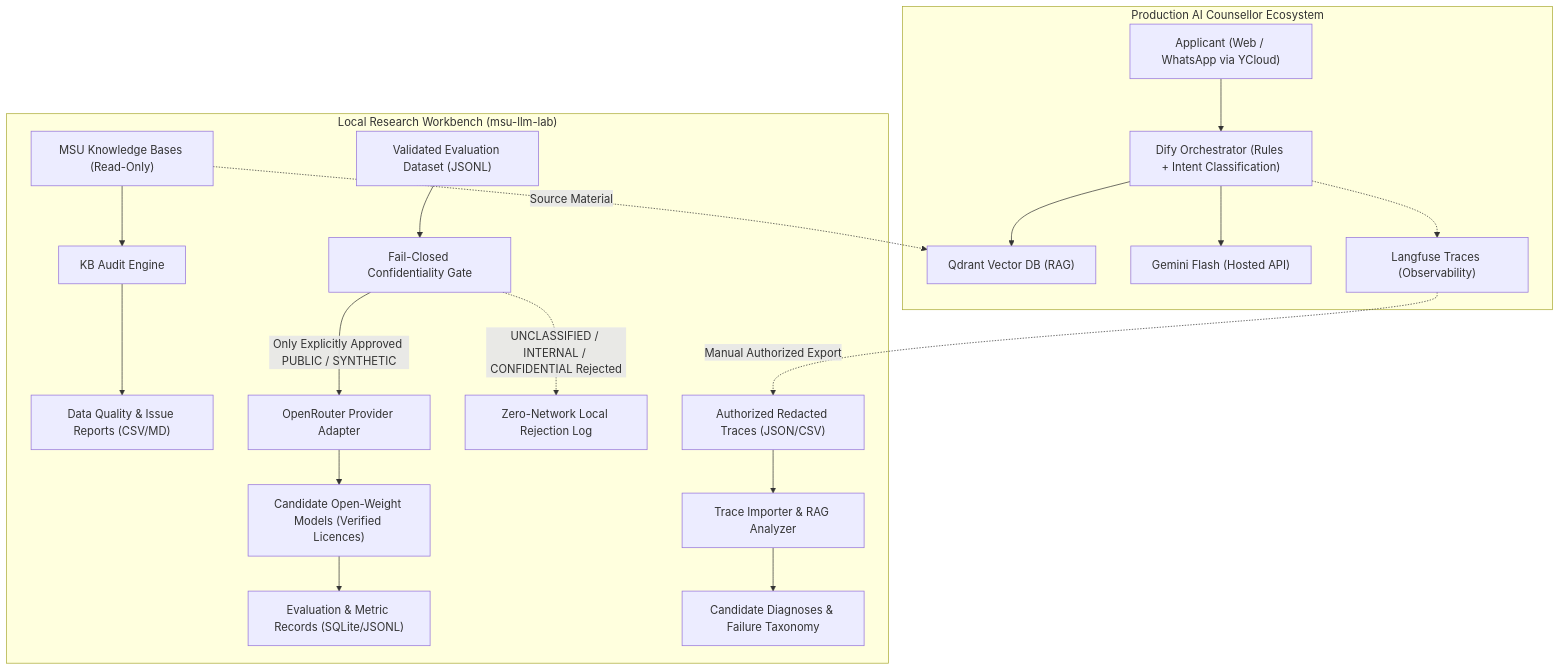
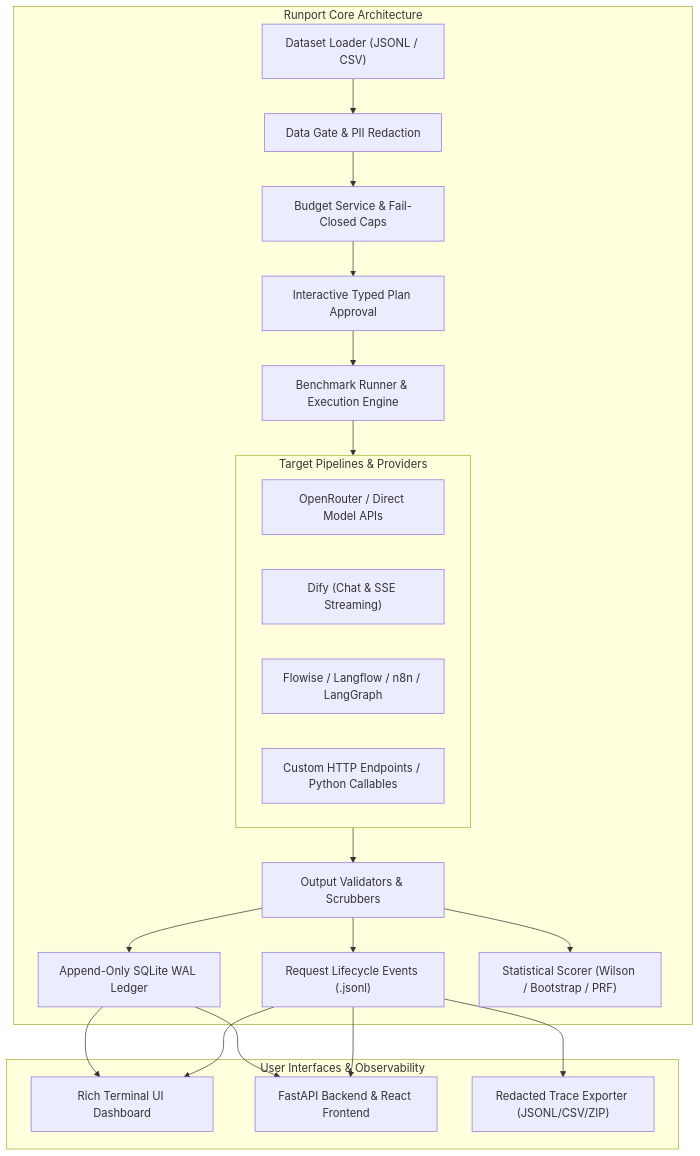
Before and after one commit to Sudharsanselvaraj/Runport: the diagram in docs/ARCHITECTURE.md, drawn with Mermaid. The commit also changed other lines of this file, not shown here.

Commit message:
docs: update documentation docs/ARCHITECTURE.md

````diff
--- a/docs/ARCHITECTURE.md
+++ b/docs/ARCHITECTURE.md
@@ -16,26 +20,32 @@
 ```mermaid
 graph TB
-    subgraph Production["Production AI Counsellor Ecosystem"]
-        User["Applicant (Web / WhatsApp via YCloud)"] --> Dify["Dify Orchestrator (Rules + Intent Classification)"]
-        Dify --> Qdrant["Qdrant Vector DB (RAG)"]
-        Dify --> Gemini["Gemini Flash (Hosted API)"]
-        Dify -.-> Langfuse["Langfuse Traces (Observability)"]
+    subgraph Targets["Target Pipelines & Providers"]
+        OpenRouter["OpenRouter / Direct Model APIs"]
+        DifyConn["Dify (Chat & SSE Streaming)"]
+        WorkflowConns["Flowise / Langflow / n8n / LangGraph"]
+        CustomHTTP["Custom HTTP Endpoints / Python Callables"]
     end
 
-    subgraph Workbench["Local Research Workbench (msu-llm-lab)"]
-        KB_Files["MSU Knowledge Bases (Read-Only)"] --> AuditEngine["KB Audit Engine"]
-        AuditEngine --> AuditReport["Data Quality & Issue Reports (CSV/MD)"]
-
-        EvalDataset["Validated Evaluation Dataset (JSONL)"] --> PrivacyGate["Fail-Closed Confidentiality Gate"]
-        PrivacyGate -->|Only Explicitly Approved PUBLIC / SYNTHETIC| ProviderAdapter["OpenRouter Provider Adapter"]
-        PrivacyGate -.->|UNCLASSIFIED / INTERNAL / CONFIDENTIAL Rejected| BlockedLog["Zero-Network Local Rejection Log"]
-        ProviderAdapter --> CandidateModels["Candidate Open-Weight Models (Verified Licences)"]
-        CandidateModels --> BenchmarkResults["Evaluation & Metric Records (SQLite/JSONL)"]
-
-        LangfuseExport["Authorized Redacted Traces (JSON/CSV)"] --> TraceImporter["Trace Importer & RAG Analyzer"]
-        TraceImporter --> DiagnosisReport["Candidate Diagnoses & Failure Taxonomy"]
+    subgraph CorePlatform["Runport Core Architecture"]
+        DatasetIngest["Dataset Loader (JSONL / CSV)"] --> PrivacyGate["Data Gate & PII Redaction"]
+        PrivacyGate --> BudgetGate["Budget Service & Fail-Closed Caps"]
+        
+        BudgetGate --> PlanReview["Interactive Typed Plan Approval"]
+        PlanReview --> Executor["Benchmark Runner & Execution Engine"]
+        
+        Executor --> Targets
+        Targets --> ResponseValidator["Output Validators & Scrubbers"]
+        
+        ResponseValidator --> Ledger["Append-Only SQLite WAL Ledger"]
+        ResponseValidator --> EventTail["Request Lifecycle Events (.jsonl)"]
+        ResponseValidator --> Scorer["Statistical Scorer (Wilson / Bootstrap / PRF)"]
     end
 
-    Langfuse -.->|Manual Authorized Export| LangfuseExport
-    KB_Files -.->|Source Material| Qdrant
+    subgraph Observability["User Interfaces & Observability"]
+        Ledger --> TUI["Rich Terminal UI Dashboard"]
+        Ledger --> WebUI["FastAPI Backend & React Frontend"]
+        EventTail --> TUI
+        EventTail --> WebUI
+        EventTail --> Exporter["Redacted Trace Exporter (JSONL/CSV/ZIP)"]
+    end
 ```
````
